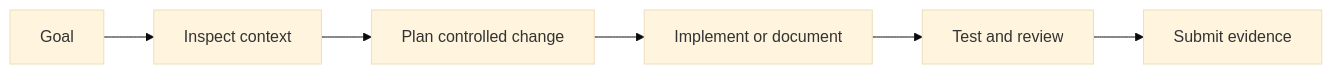
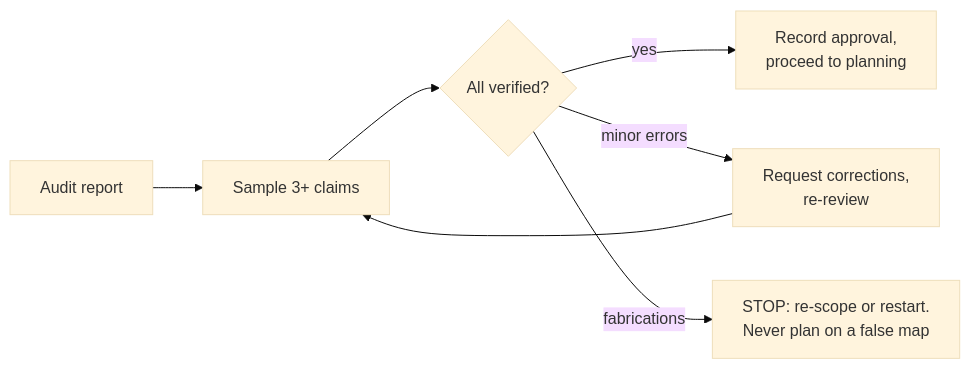
One commit to tulip-lab/agentic-AI-lab changed the second of 3 diagrams in M08-Agent-Engineering/Codex/M08B-Codex-Codebase-Understanding-and-Development.md. Above: the diagram before and after it, drawn with Mermaid (base theme). The commit also changed other lines of this file and 30 other files, not shown here.

````diff
--- a/M08-Agent-Engineering/Codex/M08B-Codex-Codebase-Understanding-and-Development.md
+++ b/M08-Agent-Engineering/Codex/M08B-Codex-Codebase-Understanding-and-Development.md
@@ -16,8 +155,9 @@
 ```mermaid
 flowchart LR
-    A[Goal] --> B[Inspect context]
-    B --> C[Plan controlled change]
-    C --> D[Implement or document]
-    D --> E[Test and review]
-    E --> F[Submit evidence]
+    A[Audit report] --> B[Sample 3+ claims]
+    B --> C{All verified?}
+    C -- yes --> D[Record approval,<br/>proceed to planning]
+    C -- minor errors --> E[Request corrections,<br/>re-review]
+    E --> B
+    C -- fabrications --> F[STOP: re-scope or restart.<br/>Never plan on a false map]
 ```
````
